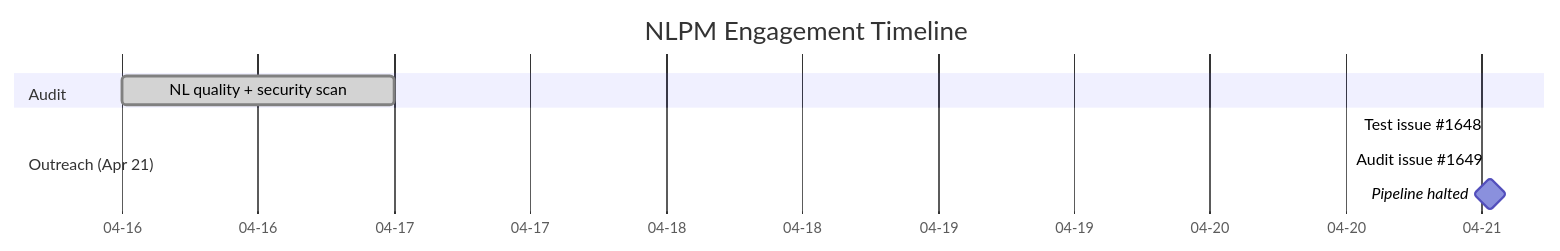
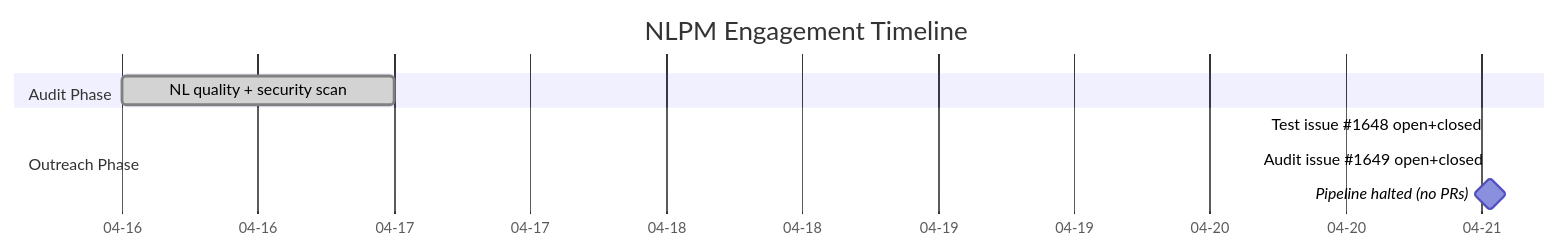
One commit to deusyu/nlpm changed the fourth of 4 diagrams in case-studies/2026-04-22-hesreallyhim-awesome-claude-code.md. Above: the diagram before and after it, drawn with Mermaid. The commit also changed other lines of this file and 2 other files, not shown here.

````diff
--- a/case-studies/2026-04-22-hesreallyhim-awesome-claude-code.md
+++ b/case-studies/2026-04-22-hesreallyhim-awesome-claude-code.md
@@ -134,14 +138,14 @@
 ```mermaid
 gantt
     title NLPM Engagement Timeline
     dateFormat YYYY-MM-DD HH:mm
     axisFormat %m-%d
 
-    section Audit
+    section Audit Phase
     NL quality + security scan     :done, 2026-04-16 00:00, 1440m
 
-    section Outreach (Apr 21)
-    Test issue #1648               :crit, done, 2026-04-21 00:38, 1m
-    Audit issue #1649              :crit, done, 2026-04-21 00:42, 1m
-    Pipeline halted                :milestone, 2026-04-21 00:43, 0m
+    section Outreach Phase
+    Test issue #1648 open+closed   :crit, done, 2026-04-21 00:38, 1m
+    Audit issue #1649 open+closed  :crit, done, 2026-04-21 00:42, 1m
+    Pipeline halted (no PRs)       :milestone, 2026-04-21 00:43, 0m
 ```
````
